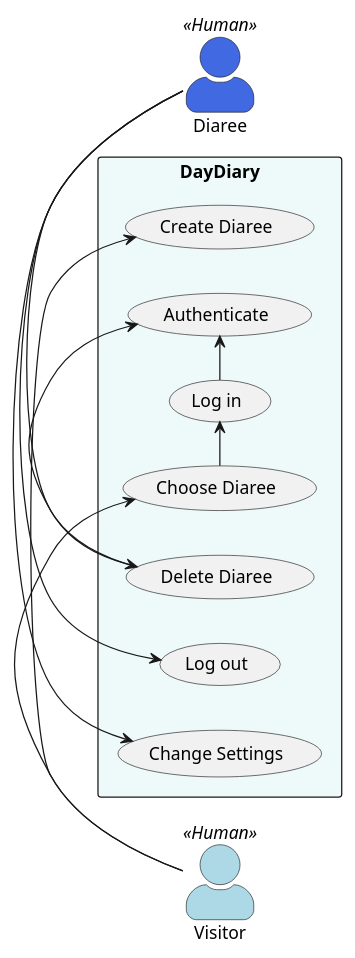
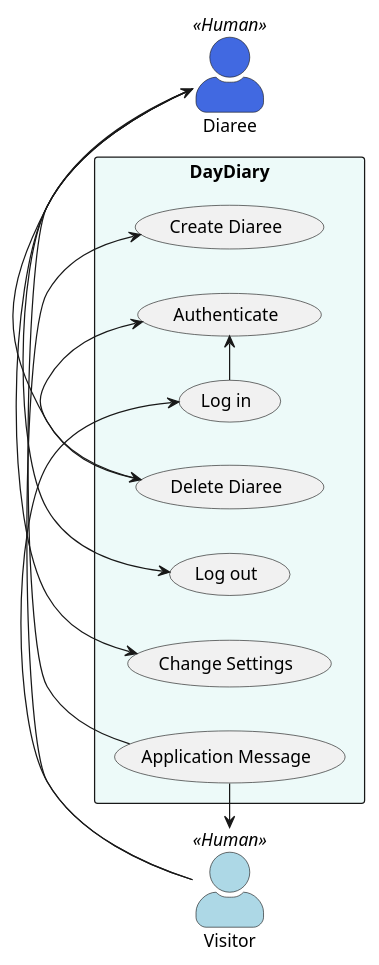
One commit to gabrijelokorn/daydiary changed the second of 3 diagrams in docs/requirements-gathering/usecase.puml. Above: the diagram before and after it, drawn with PlantUML. The commit also changed other lines of this file and 1 other file, not shown here.

```diff
--- a/docs/requirements-gathering/usecase.puml
+++ b/docs/requirements-gathering/usecase.puml
@@ -41,27 +40,28 @@
 @startuml
 left to right direction
 skinparam actorStyle awesome
 
 actor Diaree <<Human>> #royalblue 
 actor Visitor <<Human>> #lightblue
 
 rectangle DayDiary #edfaf9 {
-  usecase deleteUser as "Delete Diaree"
   usecase createUser as "Create Diaree"
-  usecase chooseUser as "Choose Diaree"
   usecase login as "Log in"
   usecase logout as "Log out"
   usecase changeSettings as "Change Settings"
   usecase auth as "Authenticate"
+  usecase deleteUser as "Delete Diaree"
+  usecase sysMsg as "Application Message"
 }
 
 Visitor -> createUser
-Visitor  -> chooseUser
+Visitor  -> login
 Diaree  -> deleteUser
 deleteUser -> auth
 Diaree  -> logout
 Diaree  -> changeSettings
+sysMsg  -> Visitor
+sysMsg  -> Diaree
 
-chooseUser -> login
 login -> auth
 @enduml
```
